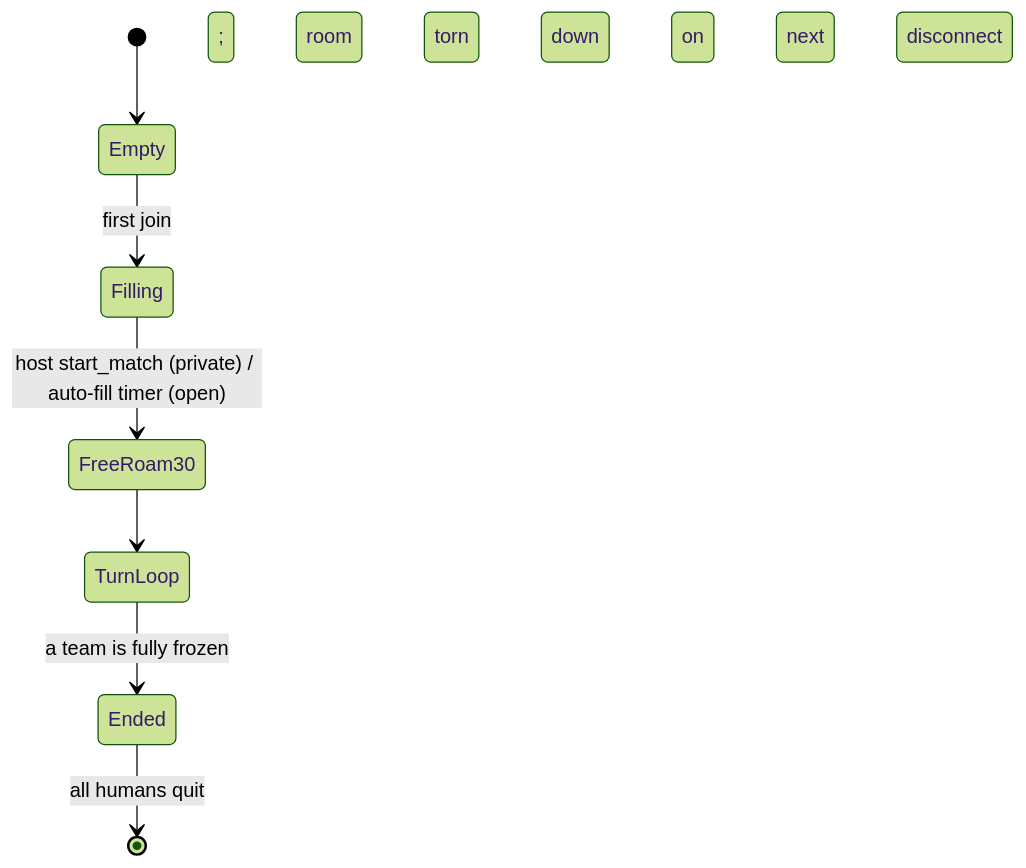
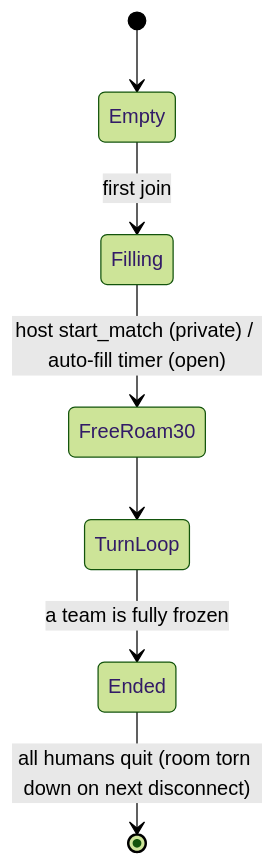
One commit to sean-reid/clowns-and-mimes changed the eighth of 9 diagrams in docs/ARCHITECTURE.md. Above: the diagram before and after it, drawn with Mermaid (forest theme).

Commit message:
docs: stop mermaid from splitting the room-lifecycle end label
The 'Ended --> [*]' transition label included a semicolon, which
Mermaid's state-diagram parser treats as a statement delimiter.
Result: 'room torn down on next disconnect' was emitted as orphan
boxes floating at the top of the diagram instead of staying on the
transition arrow. Replace the semicolon with a parenthesised
clarification so the whole label stays attached.

````diff
--- a/docs/ARCHITECTURE.md
+++ b/docs/ARCHITECTURE.md
@@ -327,9 +327,9 @@
 ```mermaid
 stateDiagram-v2
   [*] --> Empty
   Empty --> Filling: first join
   Filling --> FreeRoam30: host start_match (private) / auto-fill timer (open)
   FreeRoam30 --> TurnLoop
   TurnLoop --> Ended: a team is fully frozen
-  Ended --> [*]: all humans quit; room torn down on next disconnect
+  Ended --> [*]: all humans quit (room torn down on next disconnect)
 ```
````
